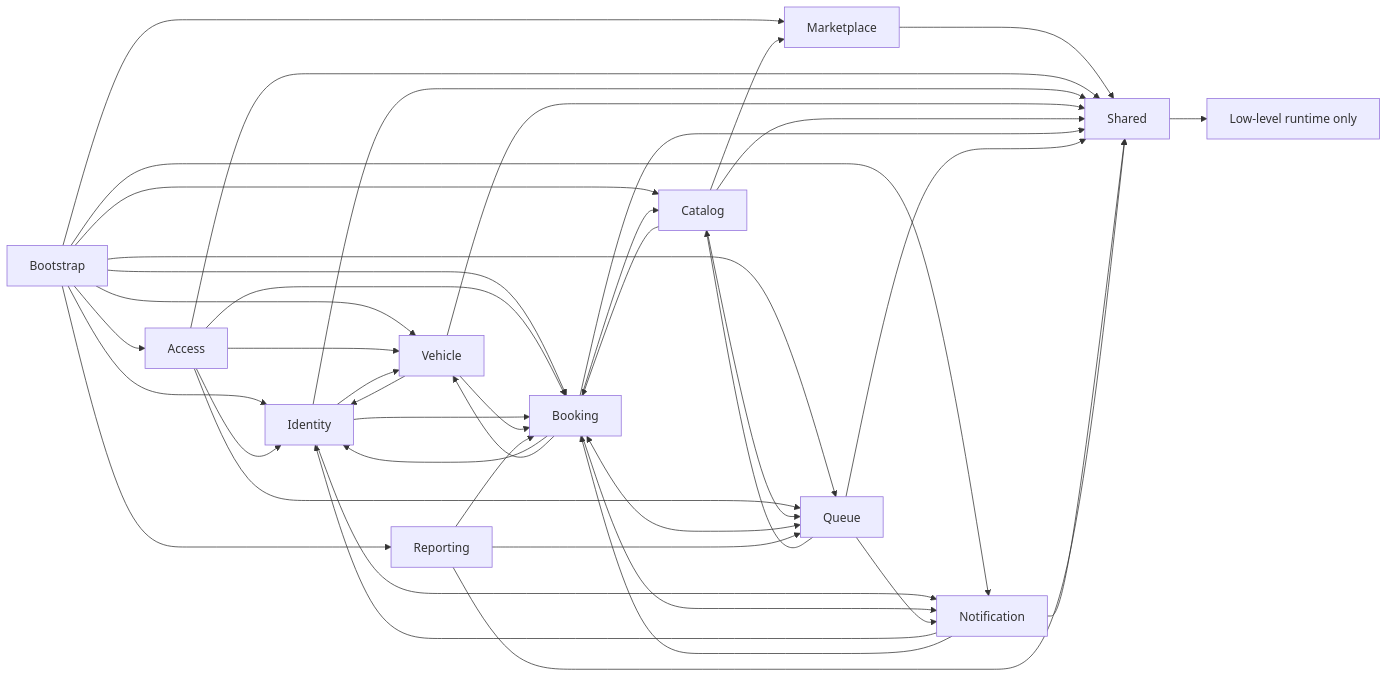
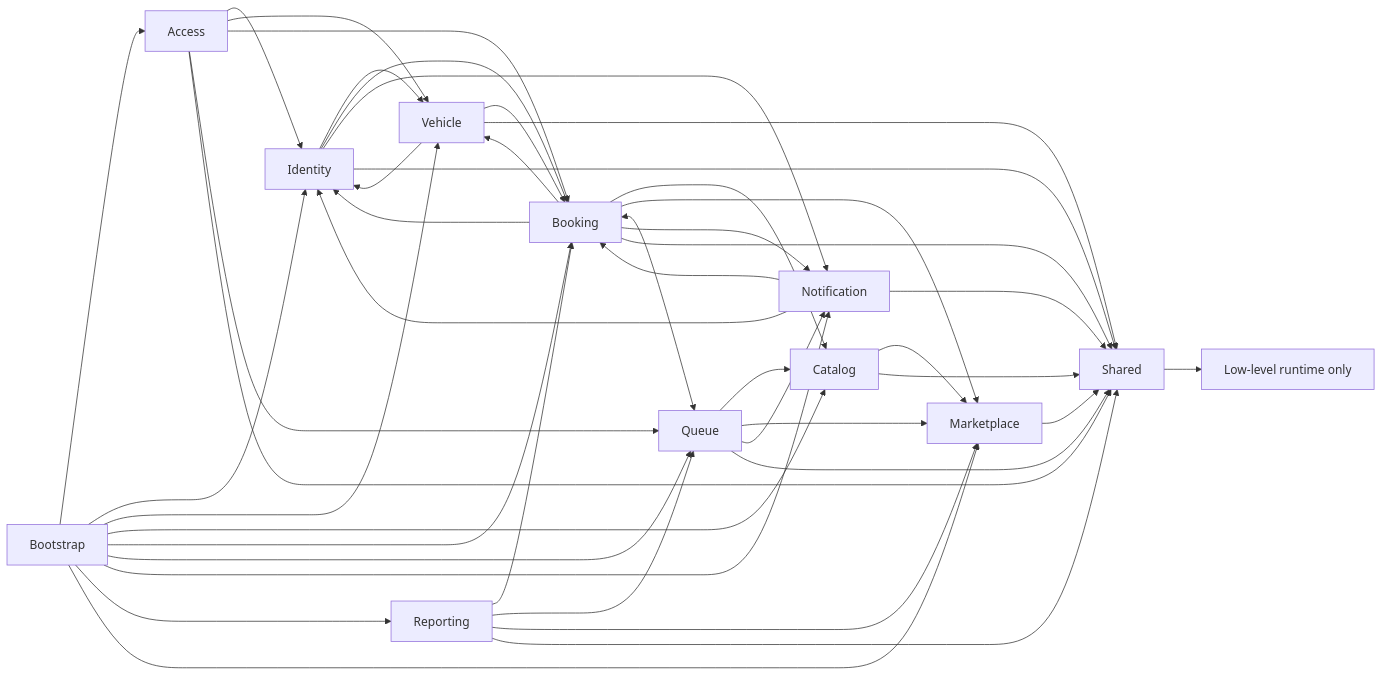
The second of 2 diagrams in documentation/ARCHITECTURE.md (ongeziwe17/carwash-booking-queue-system), drawn with Mermaid before and after one commit. The commit also changed other lines of this file and 234 other files, not shown here.

````diff
--- a/documentation/ARCHITECTURE.md
+++ b/documentation/ARCHITECTURE.md
@@ -38,45 +38,46 @@
 ```mermaid
 flowchart LR
     Bootstrap --> Access
     Bootstrap --> Identity
     Bootstrap --> Vehicle
     Bootstrap --> Catalog
     Bootstrap --> Booking
     Bootstrap --> Queue
     Bootstrap --> Notification
     Bootstrap --> Reporting
     Bootstrap --> Marketplace
     Access --> Identity
     Access --> Vehicle
     Access --> Booking
     Access --> Queue
     Identity --> Vehicle
     Identity --> Booking
     Identity --> Notification
     Vehicle --> Identity
     Vehicle --> Booking
-    Catalog --> Booking
-    Catalog --> Queue
     Booking --> Identity
     Booking --> Vehicle
     Booking --> Catalog
+    Booking --> Marketplace
     Booking <--> Queue
     Booking --> Notification
     Queue --> Catalog
+    Queue --> Marketplace
     Queue --> Notification
     Notification --> Identity
     Notification --> Booking
     Reporting --> Booking
     Reporting --> Queue
+    Reporting --> Marketplace
     Marketplace --> Shared
     Catalog --> Marketplace
     Shared --> Runtime[Low-level runtime only]
     Access --> Shared
     Identity --> Shared
     Vehicle --> Shared
     Catalog --> Shared
     Booking --> Shared
     Queue --> Shared
     Notification --> Shared
     Reporting --> Shared
 ```
````
